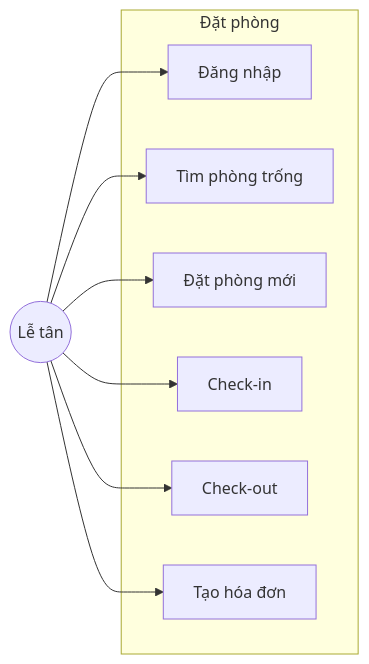
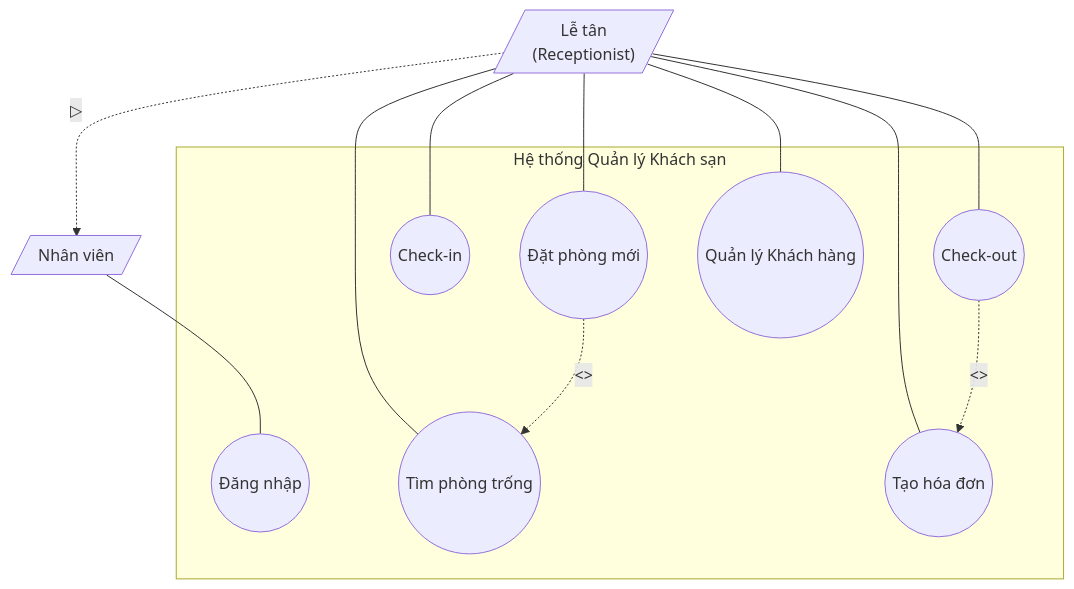
One commit to IvanLyVodka11/hotel-management changed the second of 11 diagrams in docs/BaoCao_HotelManagement.md. Above: the diagram before and after it, drawn with Mermaid. The commit also changed other lines of this file and 1 other file, not shown here.

Commit message:
Fix Use Case diagrams: add Actor generalization, include relationships, remove flow arrows

````diff
--- a/docs/BaoCao_HotelManagement.md
+++ b/docs/BaoCao_HotelManagement.md
@@ -142,20 +186,35 @@
 ```mermaid
-flowchart LR
-    subgraph Booking["Đặt phòng"]
-        UC1[Đăng nhập]
-        UC2[Tìm phòng trống]
-        UC3[Đặt phòng mới]
-        UC4[Check-in]
-        UC5[Check-out]
-        UC6[Tạo hóa đơn]
+flowchart TB
+    subgraph System["Hệ thống Quản lý Khách sạn"]
+        UC1((Đăng nhập))
+        UC2((Tìm phòng trống))
+        UC3((Đặt phòng mới))
+        UC4((Check-in))
+        UC5((Check-out))
+        UC6((Tạo hóa đơn))
+        UC7((Quản lý Khách hàng))
     end
     
-    LT((Lễ tân))
+    %% Actor cha và con
+    NV[/"Nhân viên"/]
+    LT[/"Lễ tân<br/>(Receptionist)"/]
     
-    LT --> UC1
-    LT --> UC2
-    LT --> UC3
-    LT --> UC4
-    LT --> UC5
-    LT --> UC6
+    %% Generalization
+    LT -.->|▷| NV
+    
+    %% Actor cha nối với Use Case chung
+    NV --- UC1
+    
+    %% Actor Lễ tân nối TRỰC TIẾP với từng Use Case (không có flow)
+    LT --- UC2
+    LT --- UC3
+    LT --- UC4
+    LT --- UC5
+    LT --- UC6
+    LT --- UC7
+    
+    %% Quan hệ Include (Đặt phòng include Tìm phòng trống)
+    UC3 -.->|<<include>>| UC2
+    %% Quan hệ Include (Check-out include Tạo hóa đơn)
+    UC5 -.->|<<include>>| UC6
 ```
````
